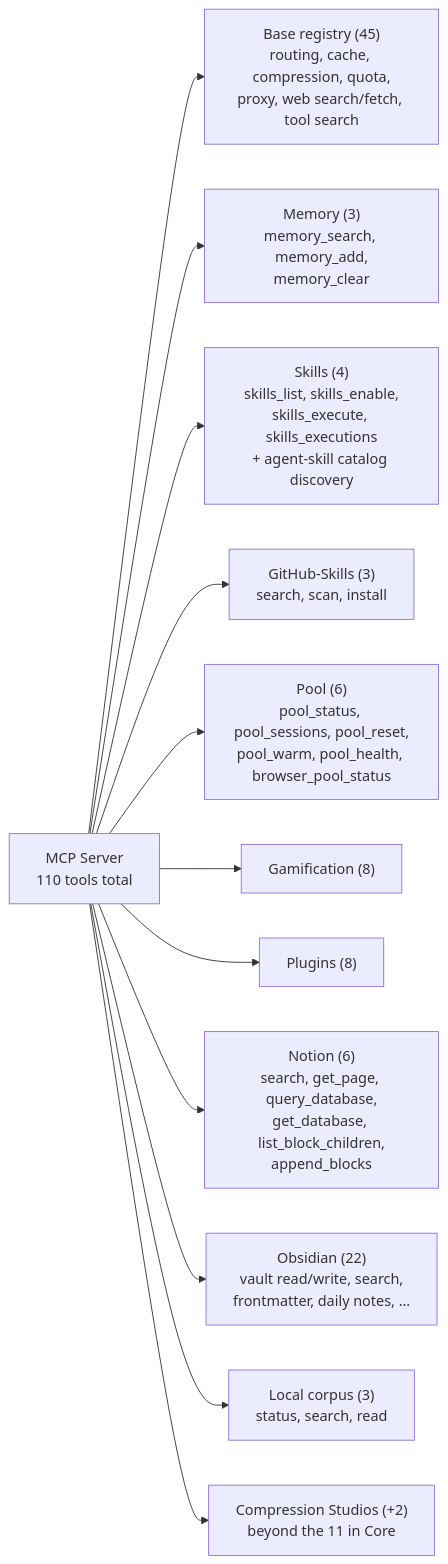
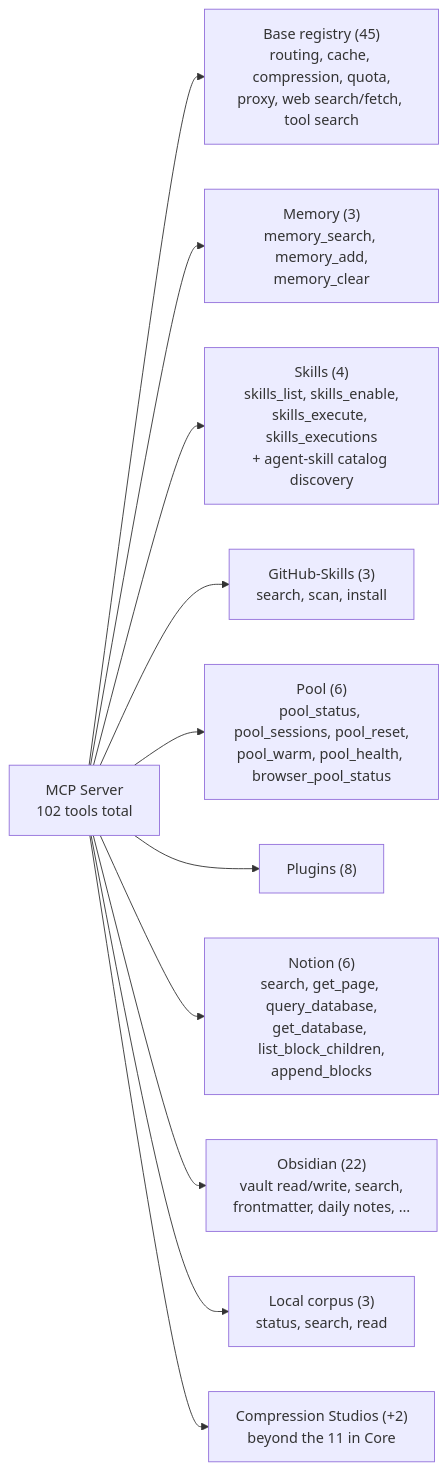
One commit to reddb-io/red-router changed the diagram in docs/diagrams/mcp-tools.mmd. Above: the diagram before and after it, drawn with Mermaid. The commit also changed 111 other files, not shown here.

```diff
--- a/docs/diagrams/mcp-tools.mmd
+++ b/docs/diagrams/mcp-tools.mmd
@@ -1,21 +1,20 @@
 %% MCP Server tool inventory by category
 %% Reflects: open-sse/mcp-server/ — TOTAL_MCP_TOOL_COUNT in server.ts (countUniqueMcpTools)
 %% Unique contributions: MCP_TOOLS 45 + memory 3 + skill 4 + githubSkill 3 + pool 6
-%%   + gamification 8 + plugin 8 + notion 6 + obsidian 22 + localCorpus 3 + compression 2 = 110
+%%   + plugin 8 + notion 6 + obsidian 22 + localCorpus 3 + compression 2 = 102
 %%   (agentSkillTools fully overlaps the base registry; 11 of the 13 compression
 %%    tools live in the base registry — duplicates counted once)
 %% Regenerate the SVG with: npm run docs:render-diagrams
 %% v3.8.51
 flowchart LR
-  MCP["MCP Server<br/>110 tools total"]
+  MCP["MCP Server<br/>102 tools total"]
   MCP --> Core["Base registry (45)<br/>routing, cache, compression, quota,<br/>proxy, web search/fetch, tool search"]
   MCP --> Mem["Memory (3)<br/>memory_search, memory_add,<br/>memory_clear"]
   MCP --> Skl["Skills (4)<br/>skills_list, skills_enable,<br/>skills_execute, skills_executions<br/>+ agent-skill catalog discovery"]
   MCP --> GSkl["GitHub-Skills (3)<br/>search, scan, install"]
   MCP --> Pool["Pool (6)<br/>pool_status, pool_sessions, pool_reset,<br/>pool_warm, pool_health, browser_pool_status"]
-  MCP --> Gam["Gamification (8)"]
   MCP --> Plg["Plugins (8)"]
   MCP --> Notion["Notion (6)<br/>search, get_page, query_database,<br/>get_database, list_block_children,<br/>append_blocks"]
   MCP --> Obs["Obsidian (22)<br/>vault read/write, search,<br/>frontmatter, daily notes, …"]
   MCP --> Corpus["Local corpus (3)<br/>status, search, read"]
   MCP --> Cmp["Compression Studios (+2)<br/>beyond the 11 in Core"]
```
